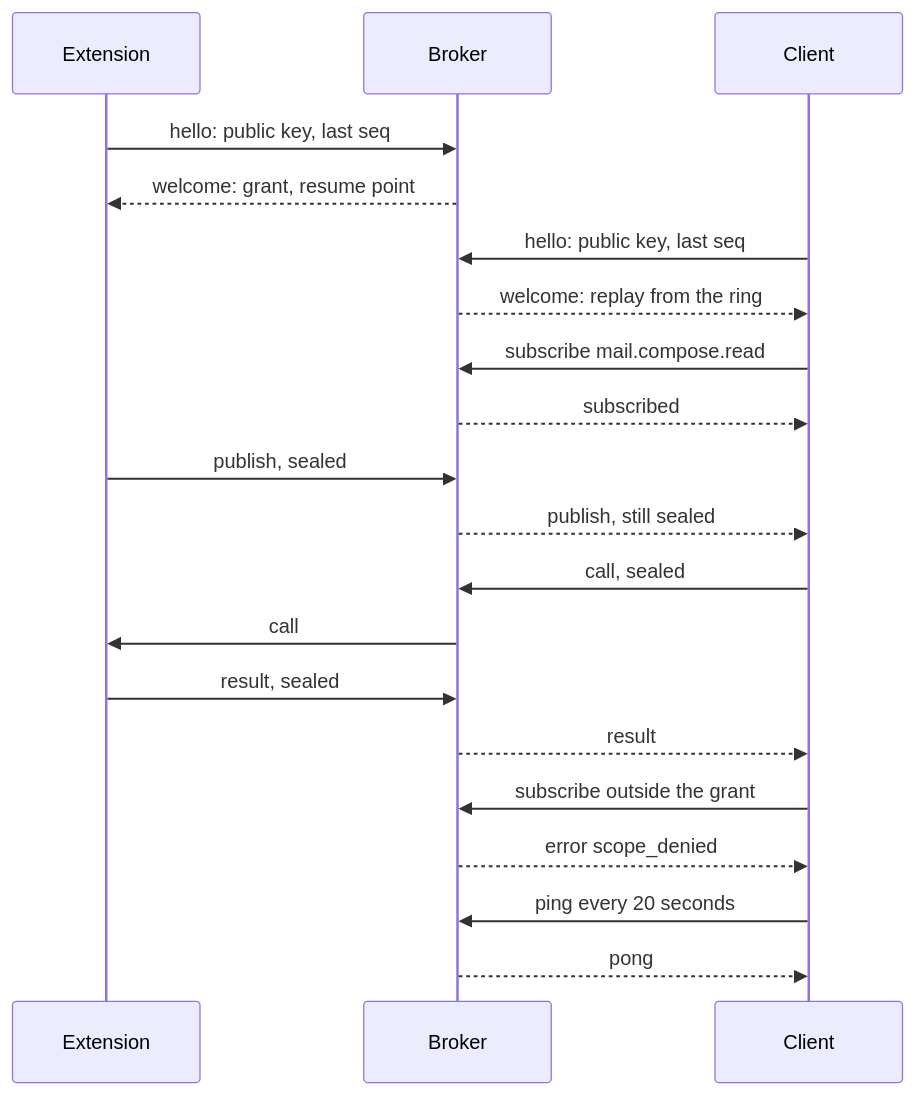
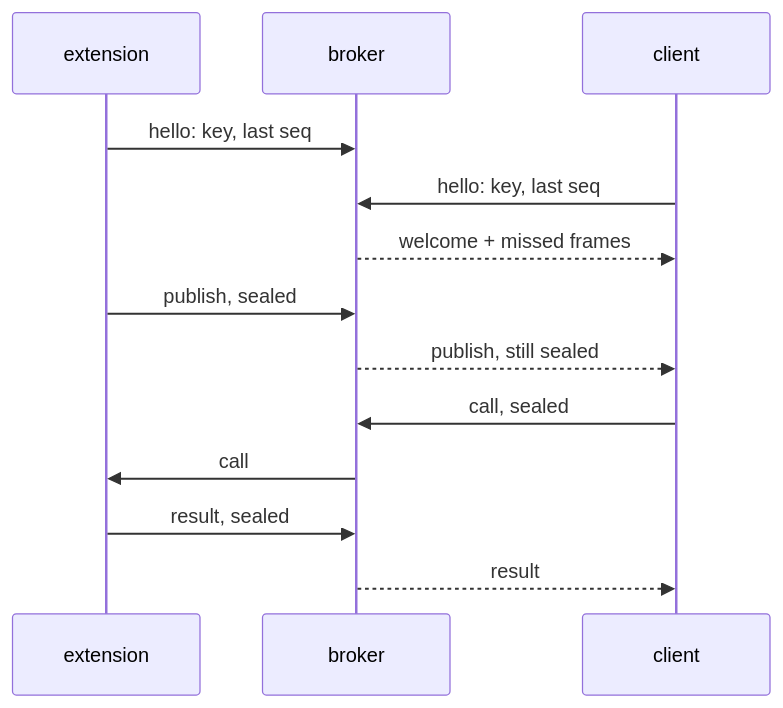
The diagram in docs/diagrams/session.mmd (maceip/conduit), drawn with Mermaid before and after one commit. The commit also changed 7 other files, not shown here.

Commit message:
docs: fix the site diagrams: no wrapping, joined lines, shorter session

```diff
--- a/docs/diagrams/session.mmd
+++ b/docs/diagrams/session.mmd
@@ -1,20 +1,13 @@
 sequenceDiagram
-  participant Extension
-  participant Broker
-  participant Client
-  Extension->>Broker: hello: public key, last seq
-  Broker-->>Extension: welcome: grant, resume point
-  Client->>Broker: hello: public key, last seq
-  Broker-->>Client: welcome: replay from the ring
-  Client->>Broker: subscribe mail.compose.read
-  Broker-->>Client: subscribed
-  Extension->>Broker: publish, sealed
-  Broker-->>Client: publish, still sealed
-  Client->>Broker: call, sealed
-  Broker->>Extension: call
-  Extension->>Broker: result, sealed
-  Broker-->>Client: result
-  Client->>Broker: subscribe outside the grant
-  Broker-->>Client: error scope_denied
-  Client->>Broker: ping every 20 seconds
-  Broker-->>Client: pong
+  participant extension
+  participant broker
+  participant client
+  extension->>broker: hello: key, last seq
+  client->>broker: hello: key, last seq
+  broker-->>client: welcome + missed frames
+  extension->>broker: publish, sealed
+  broker-->>client: publish, still sealed
+  client->>broker: call, sealed
+  broker->>extension: call
+  extension->>broker: result, sealed
+  broker-->>client: result
```
